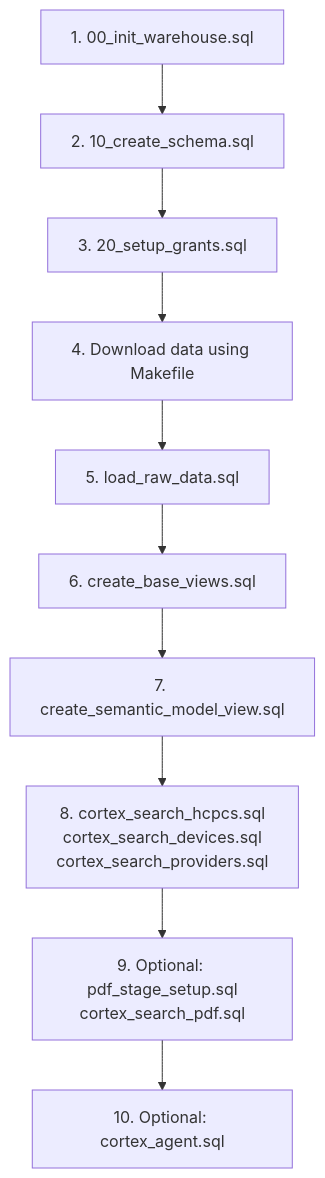
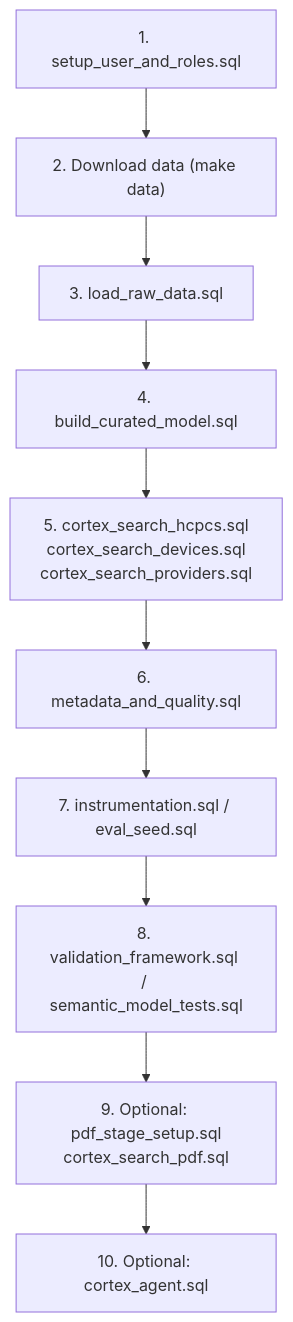
The diagram in docs/FILE_GUIDE.md (sahilbhange/snowflake-intelligence-medicare-pos-analyst), drawn with Mermaid before and after one commit. The commit also changed other lines of this file and 28 other files, not shown here.

````diff
--- a/docs/FILE_GUIDE.md
+++ b/docs/FILE_GUIDE.md
@@ -178,12 +173,12 @@
 ```mermaid
 graph TD
-    A["1. 00_init_warehouse.sql"] --> B["2. 10_create_schema.sql"]
-    B --> C["3. 20_setup_grants.sql"]
-    C --> D["4. Download data using Makefile"]
-    D --> E["5. load_raw_data.sql"]
-    E --> F["6. create_base_views.sql"]
-    F --> G["7. create_semantic_model_view.sql"]
-    G --> H["8. cortex_search_hcpcs.sql<br/>cortex_search_devices.sql<br/>cortex_search_providers.sql"]
+    A["1. setup_user_and_roles.sql"] --> B["2. Download data (make data)"]
+    B --> C["3. load_raw_data.sql"]
+    C --> D["4. build_curated_model.sql"]
+    D --> E["5. cortex_search_hcpcs.sql<br/>cortex_search_devices.sql<br/>cortex_search_providers.sql"]
+    E --> F["6. metadata_and_quality.sql"]
+    F --> G["7. instrumentation.sql / eval_seed.sql"]
+    G --> H["8. validation_framework.sql / semantic_model_tests.sql"]
     H --> I["9. Optional: pdf_stage_setup.sql<br/>cortex_search_pdf.sql"]
     I --> J["10. Optional: cortex_agent.sql"]
 ```
````
